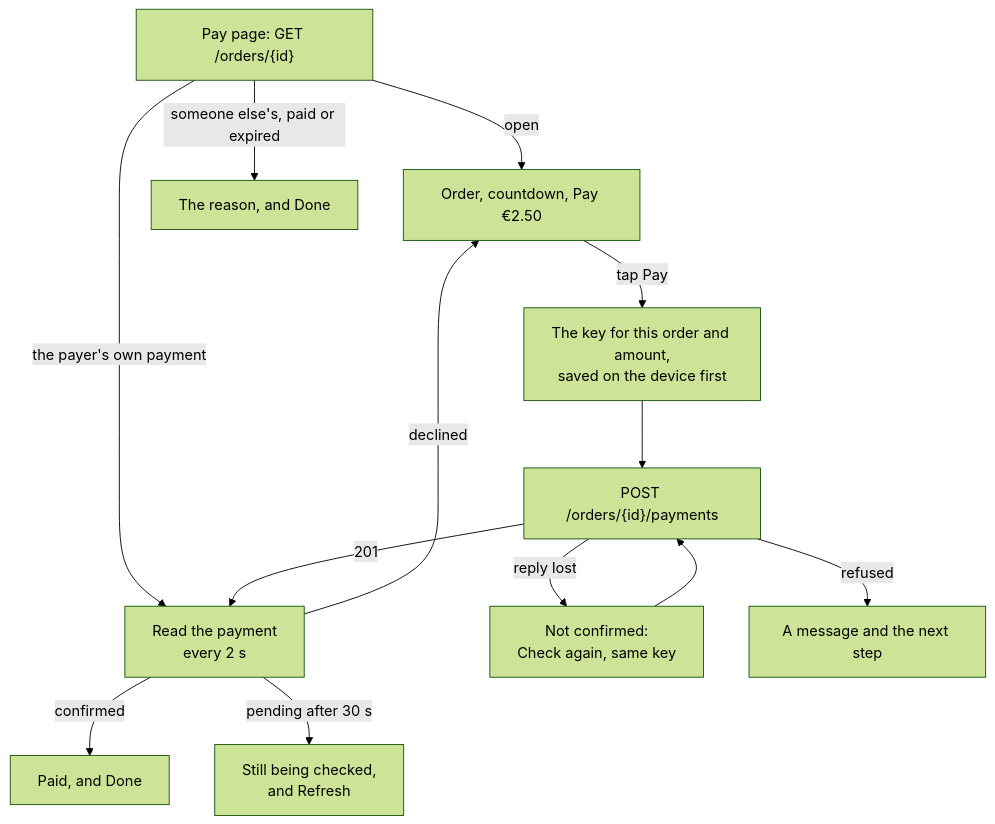
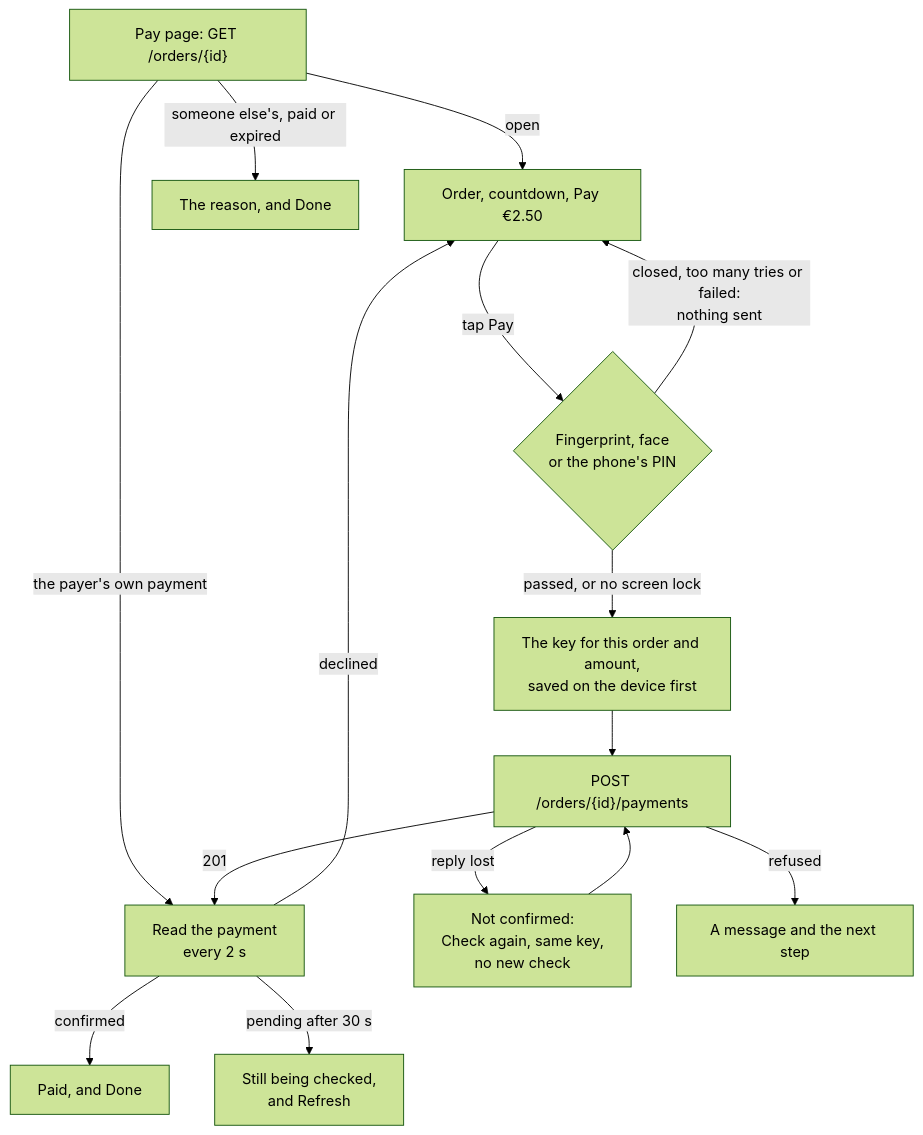
One commit to Ashish15082001/zahln changed the second of 2 diagrams in docs/student-plan.md. Above: the diagram before and after it, drawn with Mermaid (forest theme). The commit also changed other lines of this file and 3 other files, not shown here.

Commit message:
Describe the fingerprint, face or PIN check before Pay, the decisions behind it, and why capgo's plugin was picked

````diff
--- a/docs/student-plan.md
+++ b/docs/student-plan.md
@@ -59,15 +61,17 @@
 ```mermaid
 flowchart TD
   Open["Pay page: GET /orders/{id}"] -- "open" --> Order["Order, countdown, Pay €2.50"]
   Open -- "the payer's own payment" --> Follow
   Open -- "someone else's, paid or expired" --> Closed["The reason, and Done"]
-  Order -- "tap Pay" --> Key["The key for this order and amount,<br/>saved on the device first"]
+  Order -- "tap Pay" --> Check{"Fingerprint, face<br/>or the phone's PIN"}
+  Check -- "passed, or no screen lock" --> Key["The key for this order and amount,<br/>saved on the device first"]
+  Check -- "closed, too many tries or failed:<br/>nothing sent" --> Order
   Key --> Post["POST /orders/{id}/payments"]
   Post -- "201" --> Follow["Read the payment<br/>every 2 s"]
-  Post -- "reply lost" --> Unconfirmed["Not confirmed:<br/>Check again, same key"]
+  Post -- "reply lost" --> Unconfirmed["Not confirmed:<br/>Check again, same key,<br/>no new check"]
   Unconfirmed --> Post
   Post -- "refused" --> Message["A message and the next step"]
   Follow -- "confirmed" --> Paid["Paid, and Done"]
   Follow -- "declined" --> Order
   Follow -- "pending after 30 s" --> Still["Still being checked,<br/>and Refresh"]
 ```
````
